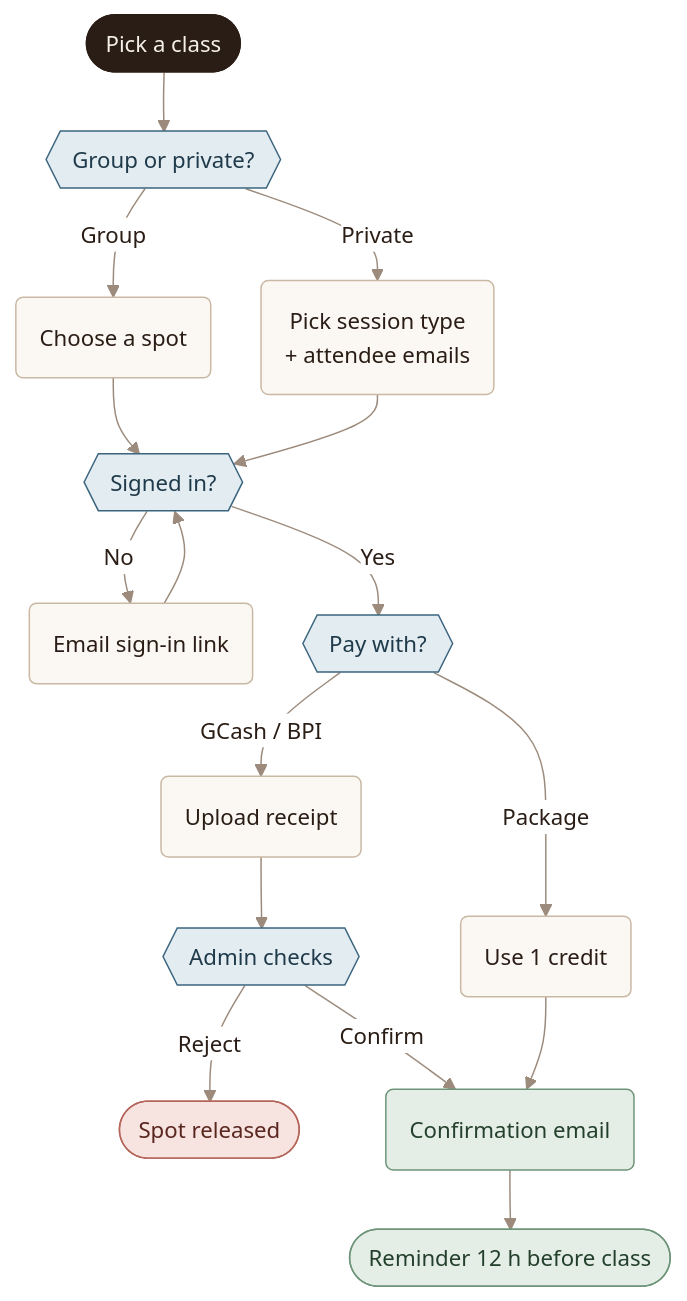
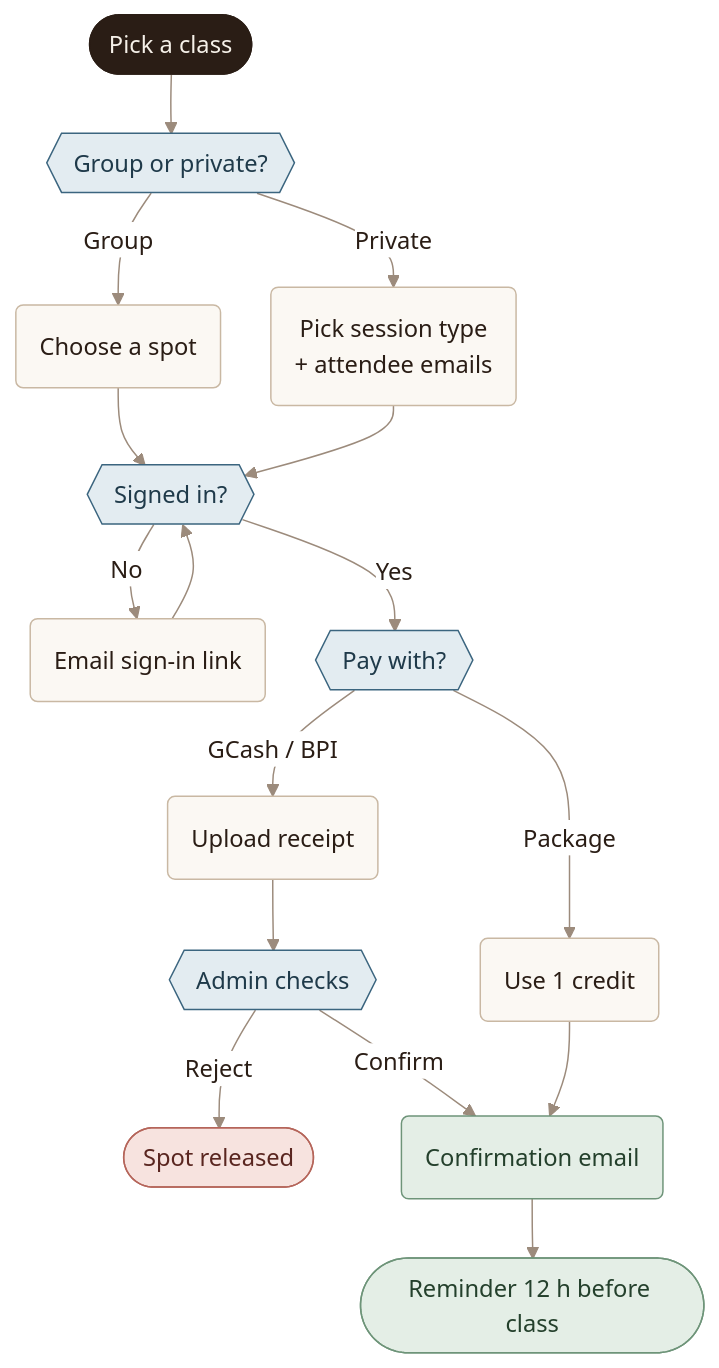
One commit to ciellamher/revive-pilates-studio changed the second of 2 diagrams in docs/07-architecture.md. Above: the diagram before and after it, drawn with Mermaid. The commit also changed other lines of this file, not shown here.

Commit message:
docs: fix cut-off text in flowcharts

````diff
--- a/docs/07-architecture.md
+++ b/docs/07-architecture.md
@@ -48,29 +48,29 @@
 ```mermaid
-%%{init: {"theme": "base", "themeVariables": {"fontFamily": "-apple-system, Segoe UI, Helvetica, Arial, sans-serif", "fontSize": "15px", "primaryColor": "#FBF8F3", "primaryBorderColor": "#E4D9CA", "primaryTextColor": "#2A1D15", "lineColor": "#9C8B7C", "edgeLabelBackground": "#FFFFFF"}, "flowchart": {"curve": "basis", "nodeSpacing": 34, "rankSpacing": 40, "padding": 16}}}%%
+%%{init: {"theme": "base", "themeVariables": {"primaryColor": "#FBF8F3", "primaryBorderColor": "#E4D9CA", "primaryTextColor": "#2A1D15", "lineColor": "#9C8B7C", "edgeLabelBackground": "#FFFFFF"}, "flowchart": {"curve": "basis", "nodeSpacing": 34, "rankSpacing": 40, "padding": 16}}}%%
 flowchart TD
     A(["Pick a class"]) --> B{{"Group or private?"}}
     B -->|Group| C("Choose a spot")
     B -->|Private| P("Pick session type<br/>+ attendee emails")
     C --> S{{"Signed in?"}}
     P --> S
     S -->|No| L("Email sign-in link") --> S
     S -->|Yes| Y{{"Pay with?"}}
     Y -->|Package| K("Use 1 credit")
     Y -->|GCash / BPI| U("Upload receipt")
     U --> V{{"Admin checks"}}
     V -->|Reject| X(["Spot released"])
     V -->|Confirm| E("Confirmation email")
     K --> E
     E --> R(["Reminder 12 h before class"])
 
     classDef step fill:#FBF8F3,stroke:#C9B8A3,color:#2A1D15
     classDef choice fill:#E3ECF1,stroke:#3B657F,color:#1F3A4A
     classDef start fill:#2A1D15,stroke:#2A1D15,color:#F5F0E8
     classDef good fill:#E4EEE6,stroke:#6E9479,color:#24402C
     classDef bad fill:#F7E3DF,stroke:#B5655A,color:#5A2620
     class C,P,L,K,U step
     class B,S,Y,V choice
     class A start
     class E,R good
     class X bad
 ```
````
